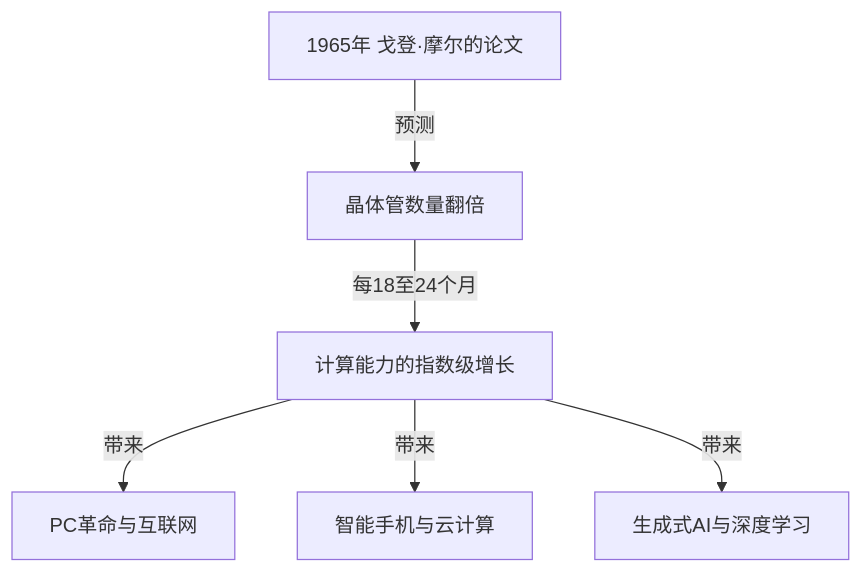
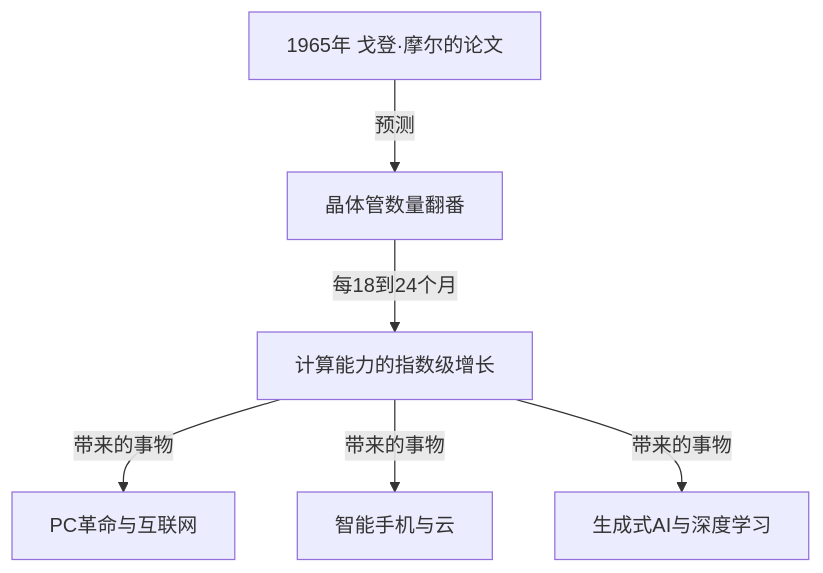
Before and after one commit to kenjinote/blog: the first of 2 diagrams in content/post/business-moores-law/index.zh-cn.md, drawn with Mermaid. The commit also changed other lines of this file and 40 other files, not shown here.

````diff
--- a/content/post/business-moores-law/index.zh-cn.md
+++ b/content/post/business-moores-law/index.zh-cn.md
@@ -25,8 +25,8 @@
 ```mermaid
 graph TD
-    A["1965年 戈登·摩尔的论文"] -- "预测" --> B["晶体管数量翻倍"]
-    B -- "每18至24个月" --> C["计算能力的指数级增长"]
-    C -- "带来" --> D["PC革命与互联网"]
-    C -- "带来" --> E["智能手机与云计算"]
-    C -- "带来" --> F["生成式AI与深度学习"]
+    A["1965年 戈登·摩尔的论文"] -- "预测" --> B["晶体管数量翻番"]
+    B -- "每18到24个月" --> C["计算能力的指数级增长"]
+    C -- "带来的事物" --> D["PC革命与互联网"]
+    C -- "带来的事物" --> E["智能手机与云"]
+    C -- "带来的事物" --> F["生成式AI与深度学习"]
 ```
````
